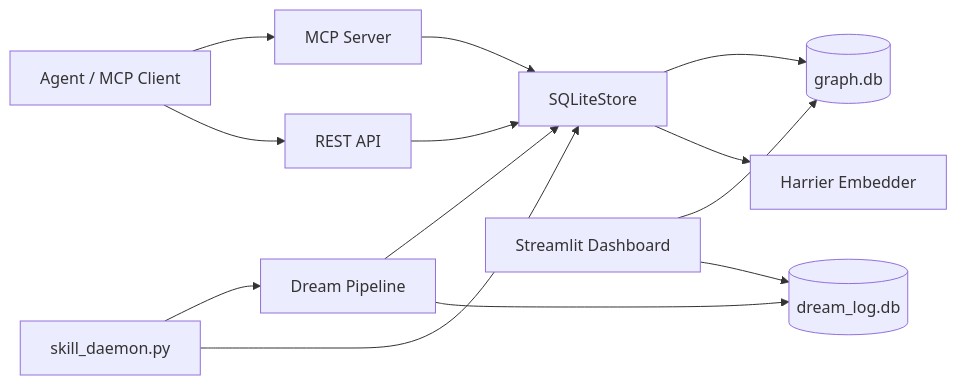
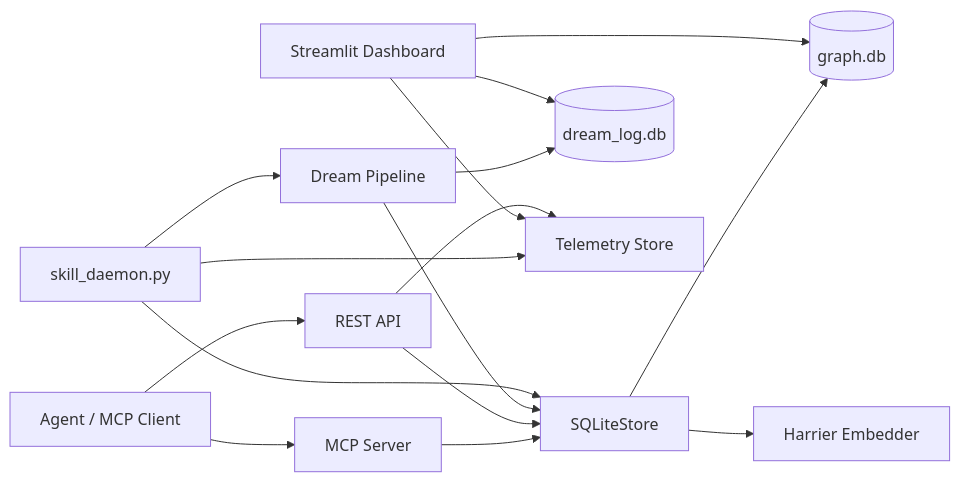
The first of 3 diagrams in docs/architecture.md (nianpangzhi233/Mnemosyne-AI-Memory), drawn with Mermaid before and after one commit. The commit also changed other lines of this file and 17 other files, not shown here.

````diff
--- a/docs/architecture.md
+++ b/docs/architecture.md
@@ -7,15 +7,18 @@
 ```mermaid
 flowchart LR
     Agent[Agent / MCP Client] --> MCP[MCP Server]
     Agent --> API[REST API]
     MCP --> Store[SQLiteStore]
     API --> Store
     Store --> Graph[(graph.db)]
     Store --> Embedder[Harrier Embedder]
     Dream[Dream Pipeline] --> Store
     Dream --> DreamLog[(dream_log.db)]
     Daemon[skill_daemon.py] --> Dream
     Daemon --> Store
+    Daemon --> Telemetry[Telemetry Store]
     Dashboard[Streamlit Dashboard] --> Graph
     Dashboard --> DreamLog
+    Dashboard --> Telemetry
+    API --> Telemetry
 ```
````
